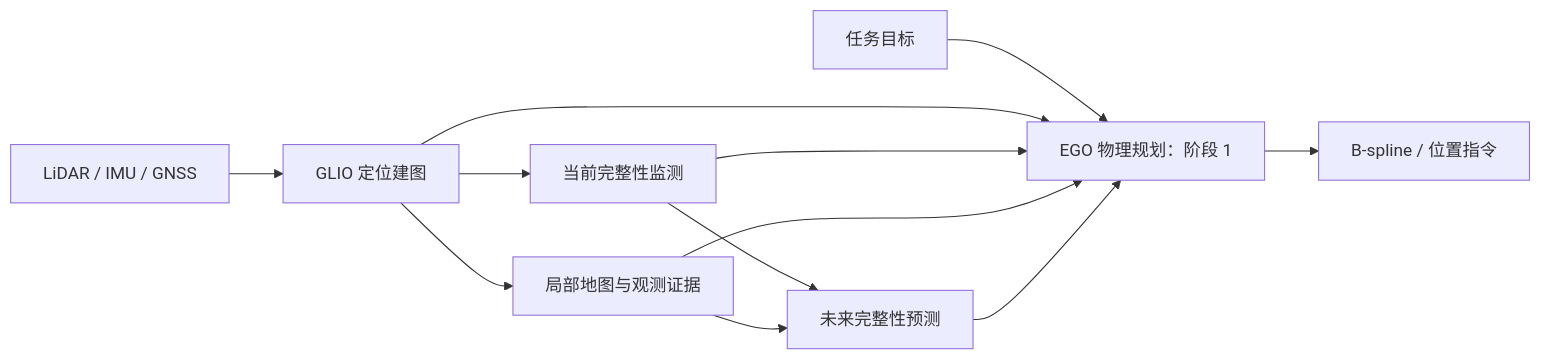
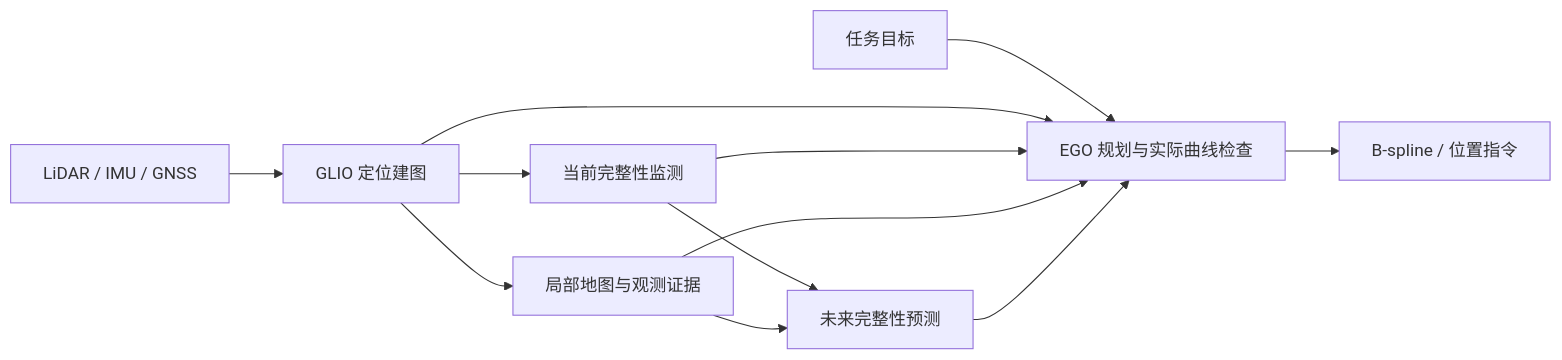
The diagram in README.md (Printeger/iap), drawn with Mermaid before and after one commit. The commit also changed other lines of this file and 32 other files, not shown here.

````diff
--- a/README.md
+++ b/README.md
@@ -33,14 +33,14 @@
 ```mermaid
 flowchart LR
     Sensors[LiDAR / IMU / GNSS] --> GLIO[GLIO 定位建图]
     GLIO --> Monitor[当前完整性监测]
     GLIO --> Map[局部地图与观测证据]
     Monitor --> Advisory[未来完整性预测]
     Map --> Advisory
-    Goal[任务目标] --> Planner[EGO 物理规划：阶段 1]
+    Goal[任务目标] --> Planner[EGO 规划与实际曲线检查]
     GLIO --> Planner
     Monitor --> Planner
     Map --> Planner
     Advisory --> Planner
     Planner --> Result[B-spline / 位置指令]
 ```
````
